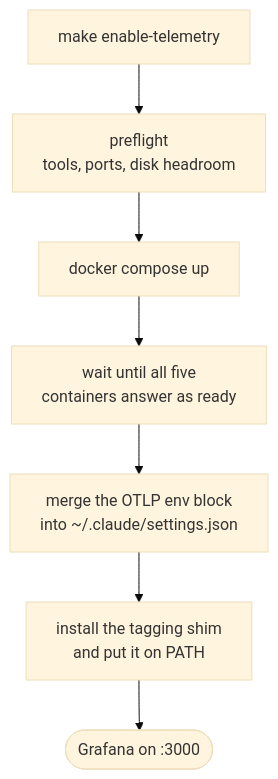
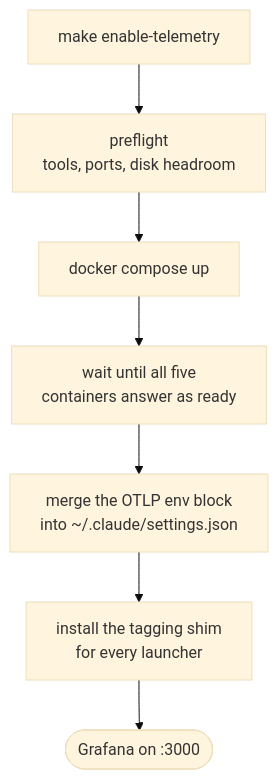
The diagram in docs/usage/telemetry.md (cypiswhywhy/docschemy), drawn with Mermaid (base theme) before and after one commit. The commit also changed other lines of this file and 6 other files, not shown here.

````diff
--- a/docs/usage/telemetry.md
+++ b/docs/usage/telemetry.md
@@ -25,9 +25,9 @@
 ```mermaid
 flowchart TD
     A["make enable-telemetry"] --> B["preflight<br/>tools, ports, disk headroom"]
     B --> C["docker compose up"]
     C --> D["wait until all five<br/>containers answer as ready"]
     D --> E["merge the OTLP env block<br/>into ~/.claude/settings.json"]
-    E --> F["install the tagging shim<br/>and put it on PATH"]
+    E --> F["install the tagging shim<br/>for every launcher"]
     F --> G(["Grafana on :3000"])
 ```
````
